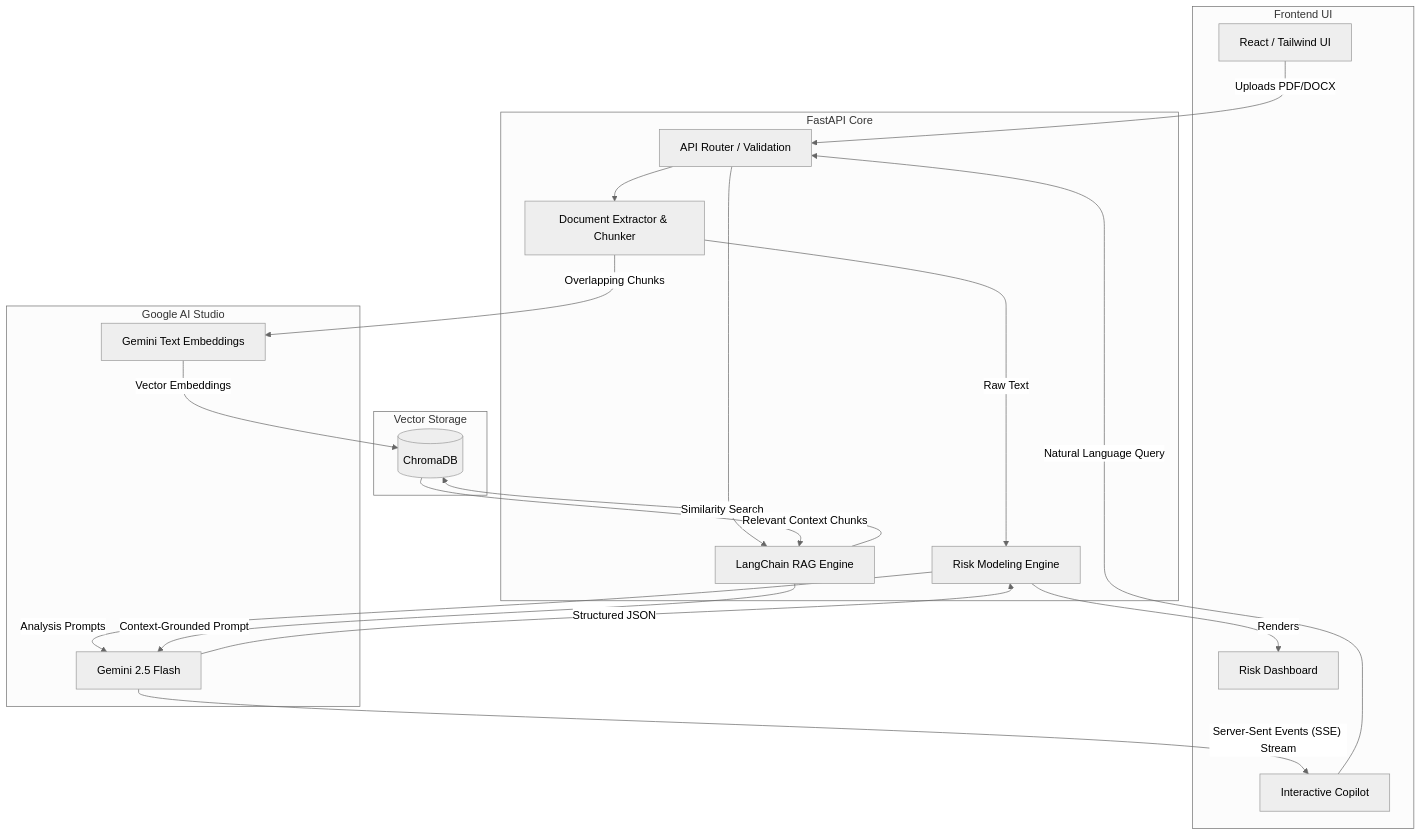
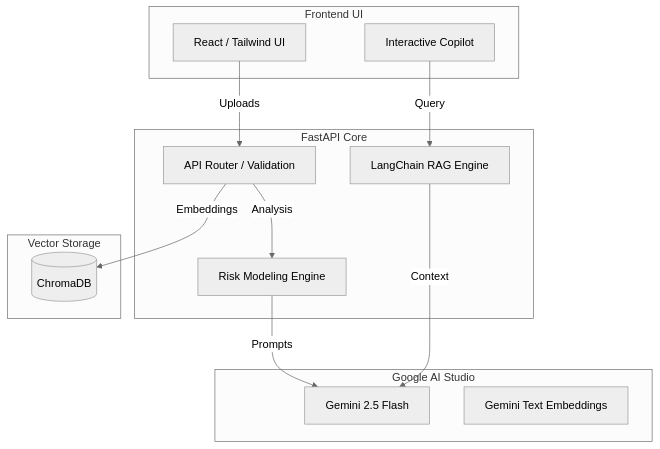
The diagram in README.md (Naveen230497/LexAI), drawn with Mermaid (neutral theme) before and after one commit. The commit also changed other lines of this file and 15 other files, not shown here.

````diff
--- a/README.md
+++ b/README.md
@@ -27,44 +51,25 @@
 ```mermaid
 flowchart TB
     subgraph Client [Frontend UI]
         UI[React / Tailwind UI]
         Chat[Interactive Copilot]
-        Dash[Risk Dashboard]
     end
-
     subgraph Backend [FastAPI Core]
         API[API Router / Validation]
-        Extract[Document Extractor & Chunker]
         RAG[LangChain RAG Engine]
         Risk[Risk Modeling Engine]
     end
-
     subgraph GoogleCloud [Google AI Studio]
         Gemini[Gemini 2.5 Flash]
         Embed[Gemini Text Embeddings]
     end
-
     subgraph Database [Vector Storage]
         Chroma[(ChromaDB)]
     end
-
-    %% Document Upload & Analysis Flow
-    UI -- Uploads PDF/DOCX --> API
-    API --> Extract
-    Extract -- Raw Text --> Risk
-    Risk -- Analysis Prompts --> Gemini
-    Gemini -- Structured JSON --> Risk
-    Risk -- Renders --> Dash
-
-    %% Embedding Flow
-    Extract -- Overlapping Chunks --> Embed
-    Embed -- Vector Embeddings --> Chroma
-
-    %% Chat Flow
-    Chat -- Natural Language Query --> API
-    API --> RAG
-    RAG -- Similarity Search --> Chroma
-    Chroma -- Relevant Context Chunks --> RAG
-    RAG -- Context-Grounded Prompt --> Gemini
-    Gemini -- Server-Sent Events (SSE) Stream --> Chat
+    UI -- Uploads --> API
+    API -- Analysis --> Risk
+    Risk -- Prompts --> Gemini
+    API -- Embeddings --> Chroma
+    Chat -- Query --> RAG
+    RAG -- Context --> Gemini
 ```
````
